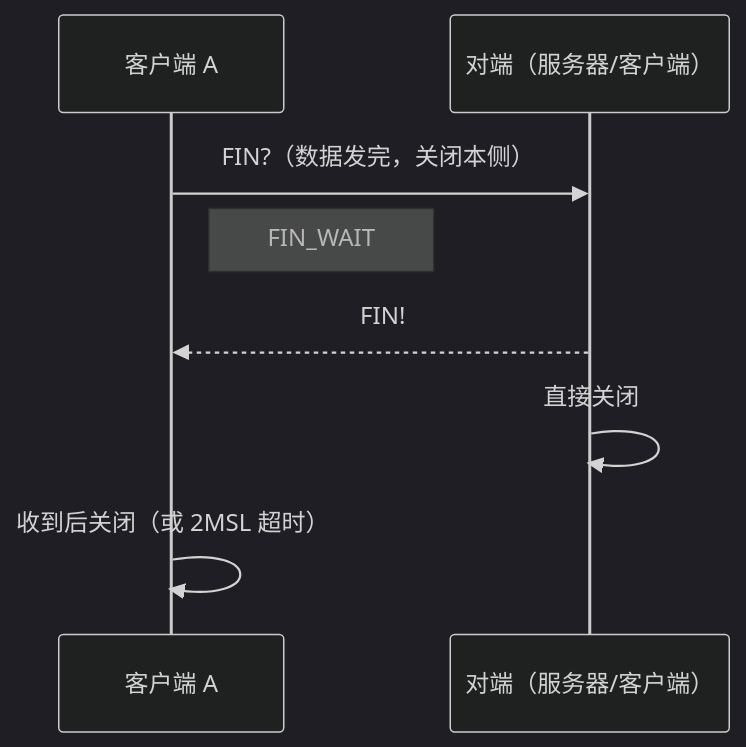
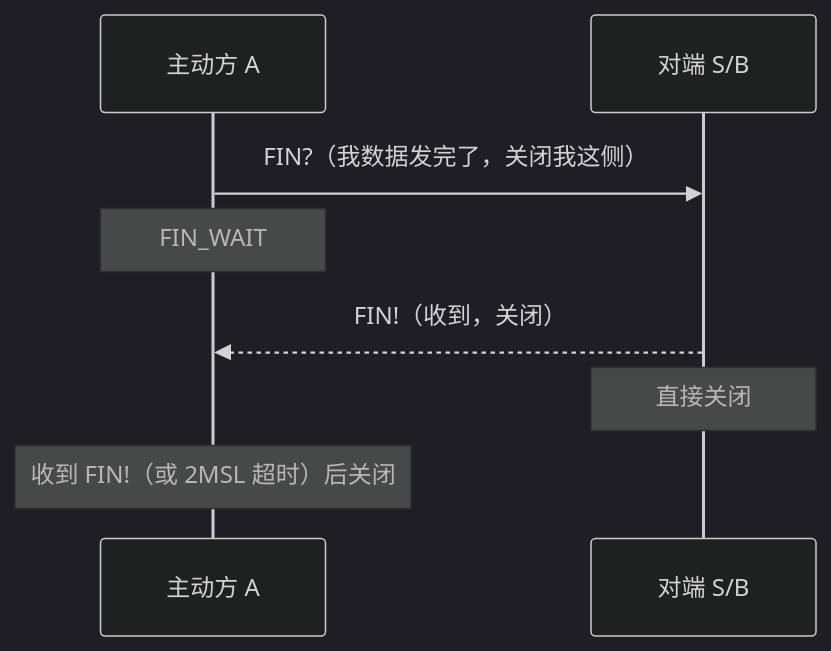
The fourth of 7 diagrams in docs/design-workflow.zh-CN.md (moky/magpie-bridge), drawn with Mermaid (dark theme) before and after one commit. The commit also changed other lines of this file and 5 other files, not shown here.

Commit message:
docs: regenerate from ai/ tasks with mermaid diagrams

````diff
--- a/docs/design-workflow.zh-CN.md
+++ b/docs/design-workflow.zh-CN.md
@@ -59,10 +88,10 @@
 ```mermaid
 sequenceDiagram
-    participant A as 客户端 A
-    participant P as 对端（服务器/客户端）
-    A->>P: FIN?（数据发完，关闭本侧）
-    Note right of A: FIN_WAIT
-    P-->>A: FIN!
-    P->>P: 直接关闭
-    A->>A: 收到后关闭（或 2MSL 超时）
+    participant A as 主动方 A
+    participant S as 对端 S/B
+    A->>S: FIN?（我数据发完了，关闭我这侧）
+    Note over A: FIN_WAIT
+    S-->>A: FIN!（收到，关闭）
+    Note over S: 直接关闭
+    Note over A: 收到 FIN!（或 2MSL 超时）后关闭
 ```
````
